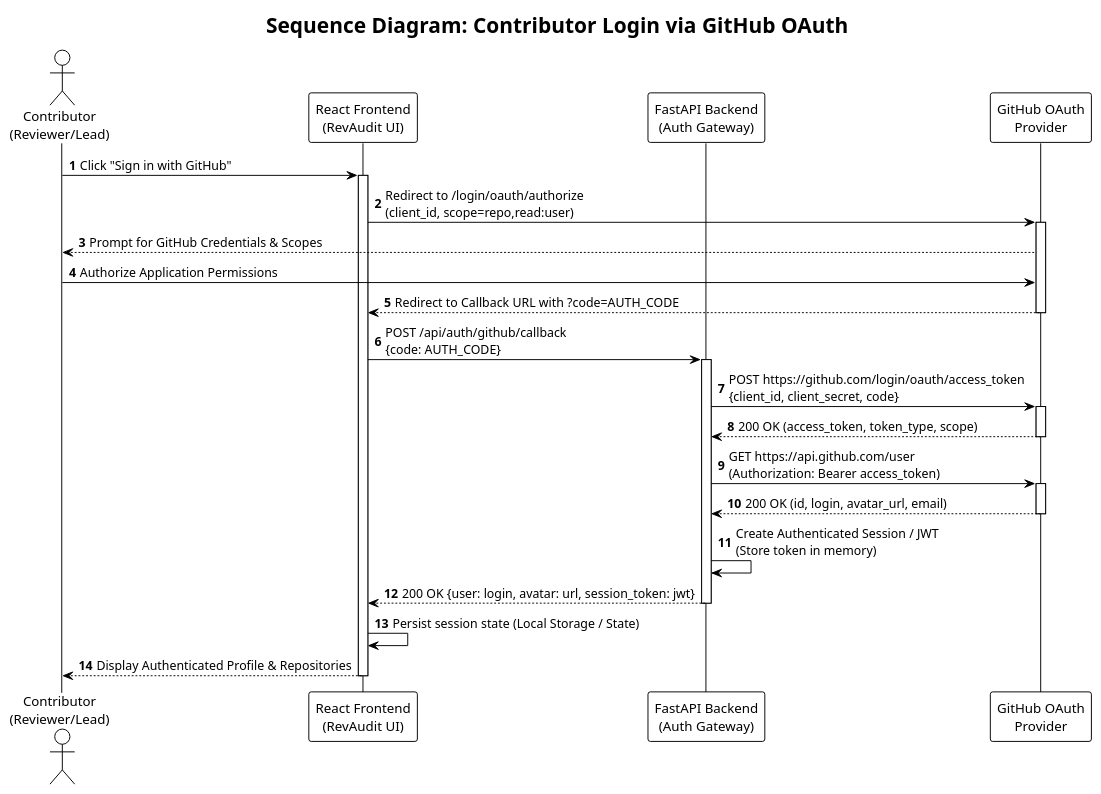
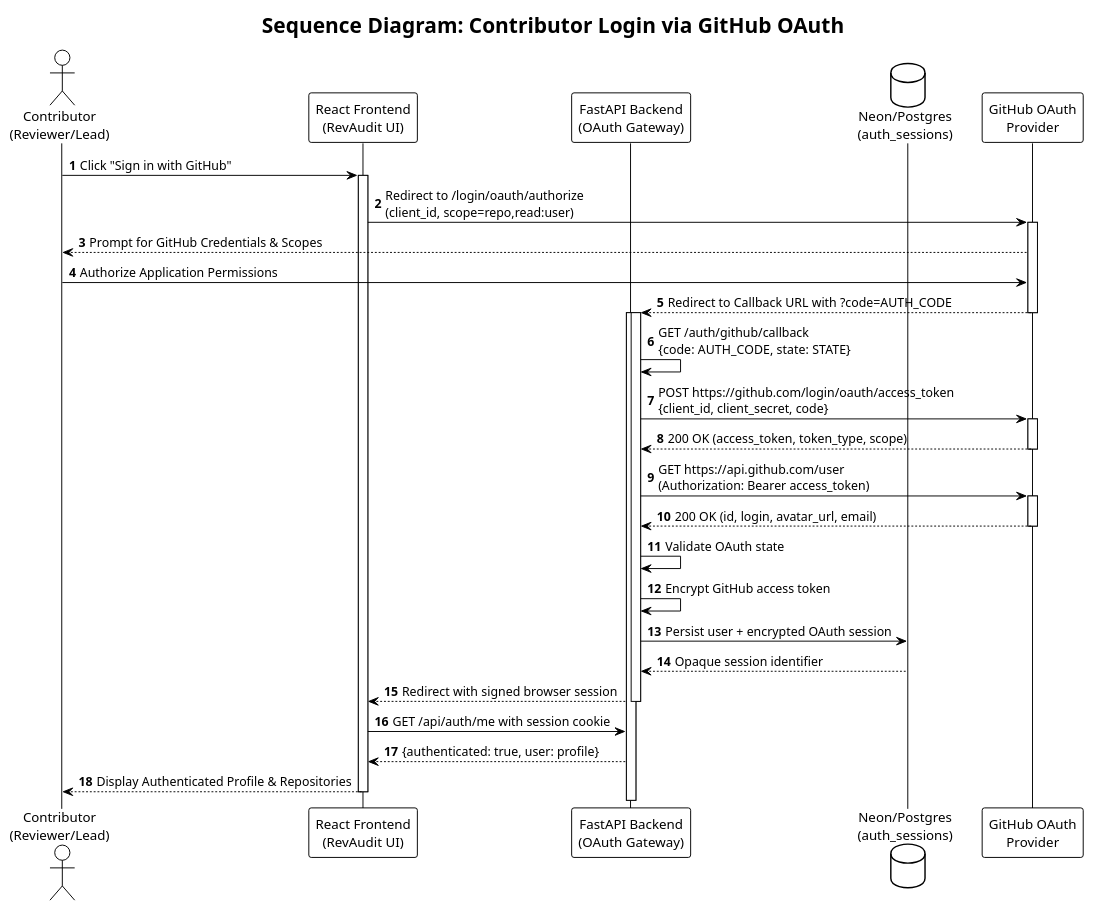
The diagram in docs/diagrams/01_sequence_oauth.puml (adityaraj868/revaudit), drawn with PlantUML before and after one commit. The commit also changed 36 other files, not shown here.

```diff
--- a/docs/diagrams/01_sequence_oauth.puml
+++ b/docs/diagrams/01_sequence_oauth.puml
@@ -1,45 +1,51 @@
 @startuml sequence_oauth
 !theme plain
 autonumber
 skinparam BoxPadding 10
 skinparam ParticipantPadding 15
 
 title Sequence Diagram: Contributor Login via GitHub OAuth
 
 actor "Contributor\n(Reviewer/Lead)" as User
 participant "React Frontend\n(RevAudit UI)" as Frontend
-participant "FastAPI Backend\n(Auth Gateway)" as Backend
+participant "FastAPI Backend\n(OAuth Gateway)" as Backend
+database "Neon/Postgres\n(auth_sessions)" as DB
 participant "GitHub OAuth\nProvider" as GitHub
 
 User -> Frontend : Click "Sign in with GitHub"
 activate Frontend
 
 Frontend -> GitHub : Redirect to /login/oauth/authorize\n(client_id, scope=repo,read:user)
 activate GitHub
 GitHub --> User : Prompt for GitHub Credentials & Scopes
 User -> GitHub : Authorize Application Permissions
-GitHub --> Frontend : Redirect to Callback URL with ?code=AUTH_CODE
+GitHub --> Backend : Redirect to Callback URL with ?code=AUTH_CODE
 deactivate GitHub
 
-Frontend -> Backend : POST /api/auth/github/callback\n{code: AUTH_CODE}
 activate Backend
+activate Backend
+Backend -> Backend : GET /auth/github/callback\n{code: AUTH_CODE, state: STATE}
 
 Backend -> GitHub : POST https://github.com/login/oauth/access_token\n{client_id, client_secret, code}
 activate GitHub
 GitHub --> Backend : 200 OK (access_token, token_type, scope)
 deactivate GitHub
 
 Backend -> GitHub : GET https://api.github.com/user\n(Authorization: Bearer access_token)
 activate GitHub
 GitHub --> Backend : 200 OK (id, login, avatar_url, email)
 deactivate GitHub
 
-Backend -> Backend : Create Authenticated Session / JWT\n(Store token in memory)
-Backend --> Frontend : 200 OK {user: login, avatar: url, session_token: jwt}
+Backend -> Backend : Validate OAuth state
+Backend -> Backend : Encrypt GitHub access token
+Backend -> DB : Persist user + encrypted OAuth session
+DB --> Backend : Opaque session identifier
+Backend --> Frontend : Redirect with signed browser session
 deactivate Backend
 
-Frontend -> Frontend : Persist session state (Local Storage / State)
+Frontend -> Backend : GET /api/auth/me with session cookie
+Backend --> Frontend : {authenticated: true, user: profile}
 Frontend --> User : Display Authenticated Profile & Repositories
 deactivate Frontend
 
 @enduml
```
